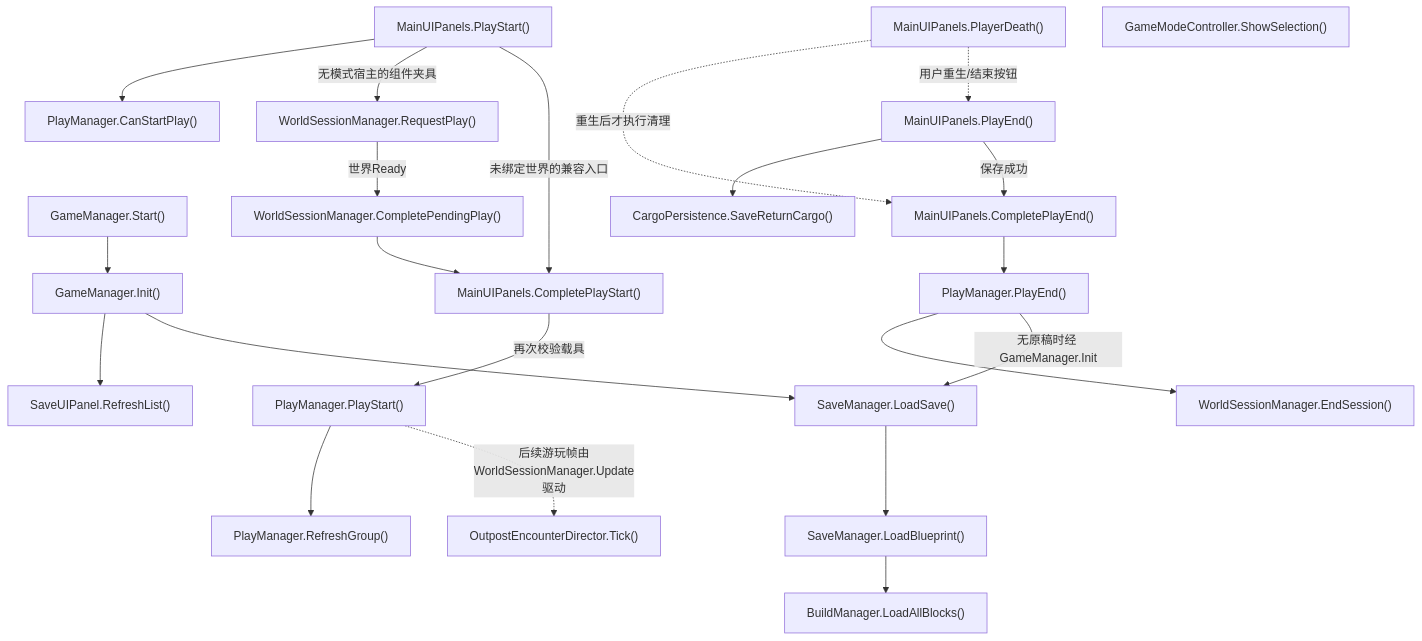
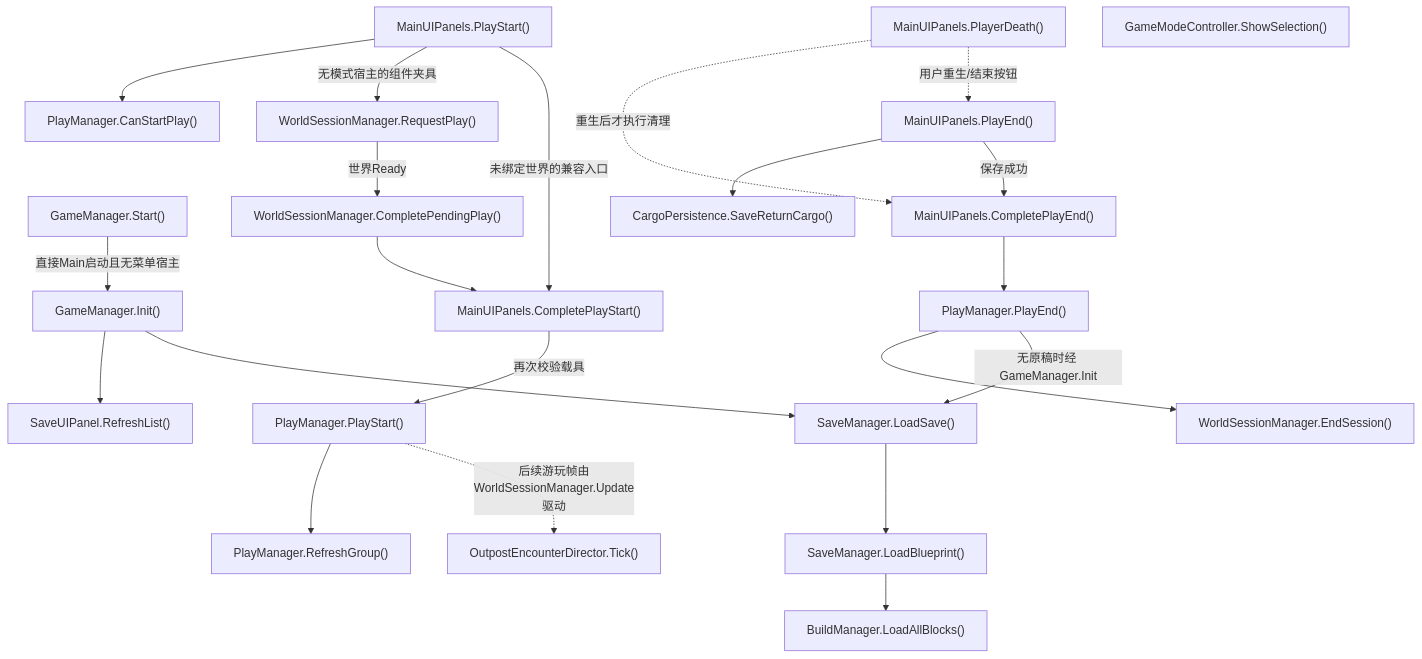
Before and after one commit to kukudia/HY-Sandbox: diagram 11 of 57 in Docs/RuntimeFlow.md, drawn with Mermaid. The commit also changed other lines of this file and 49 other files, not shown here.

````diff
--- a/Docs/RuntimeFlow.md
+++ b/Docs/RuntimeFlow.md
@@ -689,65 +779,65 @@
 ```mermaid
 flowchart TD
     A["GameManager.Start()"]
-    click A "../Assets/Scripts/Features/Bootstrap/GameManager.cs#L15" "打开源码"
+    click A "../Assets/Scripts/Features/Bootstrap/GameManager.cs#L17" "打开源码"
     B["GameManager.Init()"]
-    click B "../Assets/Scripts/Features/Bootstrap/GameManager.cs#L20" "打开源码"
+    click B "../Assets/Scripts/Features/Bootstrap/GameManager.cs#L25" "打开源码"
     C["SaveUIPanel.RefreshList()"]
     click C "../Assets/Scripts/Features/Building/Interface/SaveUIPanel.cs#L17" "打开源码"
     D["SaveManager.LoadSave()"]
-    click D "../Assets/Scripts/Features/Building/SaveManager.cs#L279" "打开源码"
+    click D "../Assets/Scripts/Features/Building/SaveManager.cs#L284" "打开源码"
     E["BuildManager.LoadAllBlocks()"]
-    click E "../Assets/Scripts/Features/Building/BuildManager.cs#L606" "打开源码"
+    click E "../Assets/Scripts/Features/Building/BuildManager.cs#L618" "打开源码"
     F["MainUIPanels.PlayStart()"]
     click F "../Assets/Scripts/Features/Presentation/Interface/MainUIPanels.cs#L233" "打开源码"
     G["PlayManager.CanStartPlay()"]
     click G "../Assets/Scripts/Features/Simulation/PlayManager.cs#L158" "打开源码"
     H["PlayManager.PlayStart()"]
     click H "../Assets/Scripts/Features/Simulation/PlayManager.cs#L109" "打开源码"
     I["PlayManager.RefreshGroup()"]
     click I "../Assets/Scripts/Features/Simulation/PlayManager.cs#L193" "打开源码"
     J["OutpostEncounterDirector.Tick()"]
     click J "../Assets/Scripts/Features/World/Outposts/OutpostEncounterDirector.cs#L51" "打开源码"
     K["MainUIPanels.PlayEnd()"]
     click K "../Assets/Scripts/Features/Presentation/Interface/MainUIPanels.cs#L287" "打开源码"
     L["CargoPersistence.SaveReturnCargo()"]
     click L "../Assets/Scripts/Features/Salvage/Cargo/CargoPersistence.cs#L11" "打开源码"
     M["PlayManager.PlayEnd()"]
     click M "../Assets/Scripts/Features/Simulation/PlayManager.cs#L295" "打开源码"
     N["MainUIPanels.PlayerDeath()"]
     click N "../Assets/Scripts/Features/Presentation/Interface/MainUIPanels.cs#L323" "打开源码"
     O["WorldSessionManager.RequestPlay()"]
     click O "../Assets/Scripts/Features/World/WorldSessionManager.cs#L188" "打开源码"
     P["WorldSessionManager.CompletePendingPlay()"]
     click P "../Assets/Scripts/Features/World/WorldSessionManager.cs#L212" "打开源码"
     Q["MainUIPanels.CompletePlayStart()"]
     click Q "../Assets/Scripts/Features/Presentation/Interface/MainUIPanels.cs#L267" "打开源码"
     R["MainUIPanels.CompletePlayEnd()"]
     click R "../Assets/Scripts/Features/Presentation/Interface/MainUIPanels.cs#L304" "打开源码"
     S["WorldSessionManager.EndSession()"]
     click S "../Assets/Scripts/Features/World/WorldSessionManager.cs#L327" "打开源码"
     T["SaveManager.LoadBlueprint()"]
-    click T "../Assets/Scripts/Features/Building/SaveManager.cs#L289" "打开源码"
+    click T "../Assets/Scripts/Features/Building/SaveManager.cs#L294" "打开源码"
     U["GameModeController.ShowSelection()"]
-    click U "../Assets/Scripts/Features/Simulation/Modes/GameModeController.cs#L58" "打开源码"
-    A --> B
+    click U "../Assets/Scripts/Features/Simulation/Modes/GameModeController.cs#L59" "打开源码"
+    A -->|直接Main启动且无菜单宿主| B
     B --> C
     B --> D
     D --> T
     T --> E
     F --> G
     F -->|无模式宿主的组件夹具| O
     O -->|世界Ready| P
     P --> Q
     Q -->|再次校验载具| H
     F -->|未绑定世界的兼容入口| Q
     H --> I
     H -.->|后续游玩帧由WorldSessionManager.Update驱动| J
     K --> L
     K -->|保存成功| R
     R --> M
     M --> S
     M -->|无原稿时经 GameManager.Init| D
     N -.->|重生后才执行清理| R
     N -.->|用户重生/结束按钮| K
 ```
````
